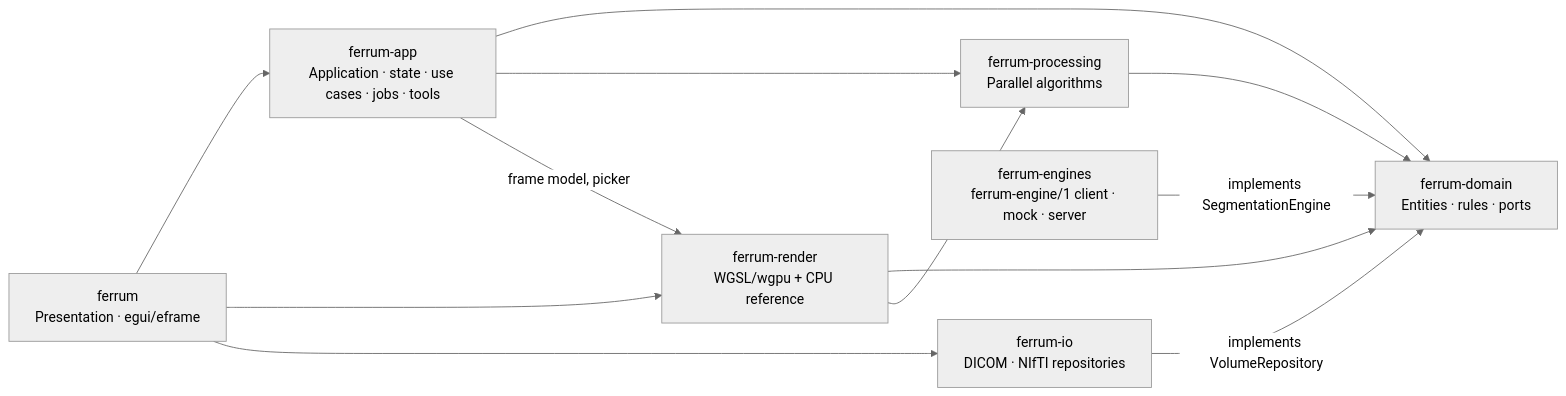
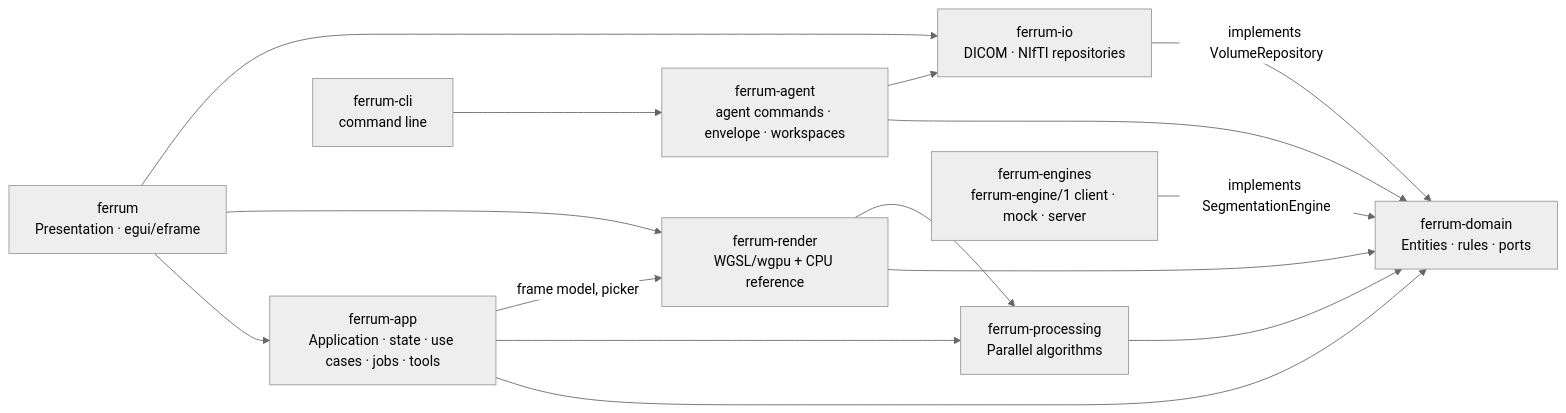
The first of 2 diagrams in docs/architecture.md (Kauter1989/ferrum), drawn with Mermaid (neutral theme) before and after one commit. The commit also changed other lines of this file and 28 other files, not shown here.

````diff
--- a/docs/architecture.md
+++ b/docs/architecture.md
@@ -19,22 +19,27 @@
 ```mermaid
 flowchart LR
     V["ferrum<br/>Presentation · egui/eframe"]
     A["ferrum-app<br/>Application · state · use cases · jobs · tools"]
     D["ferrum-domain<br/>Entities · rules · ports"]
     P["ferrum-processing<br/>Parallel algorithms"]
     R["ferrum-render<br/>WGSL/wgpu + CPU reference"]
     IO["ferrum-io<br/>DICOM · NIfTI repositories"]
     EN["ferrum-engines<br/>ferrum-engine/1 client · mock · server"]
+    AG["ferrum-agent<br/>agent commands · envelope · workspaces"]
+    CLI["ferrum-cli<br/>command line"]
 
     V --> A
     V --> R
     V --> IO
     A --> D
     A --> P
     A -->|"frame model, picker"| R
     R --> D
     R --> P
     P --> D
     IO -->|"implements VolumeRepository"| D
     EN -->|"implements SegmentationEngine"| D
+    CLI --> AG
+    AG --> D
+    AG --> IO
 ```
````
